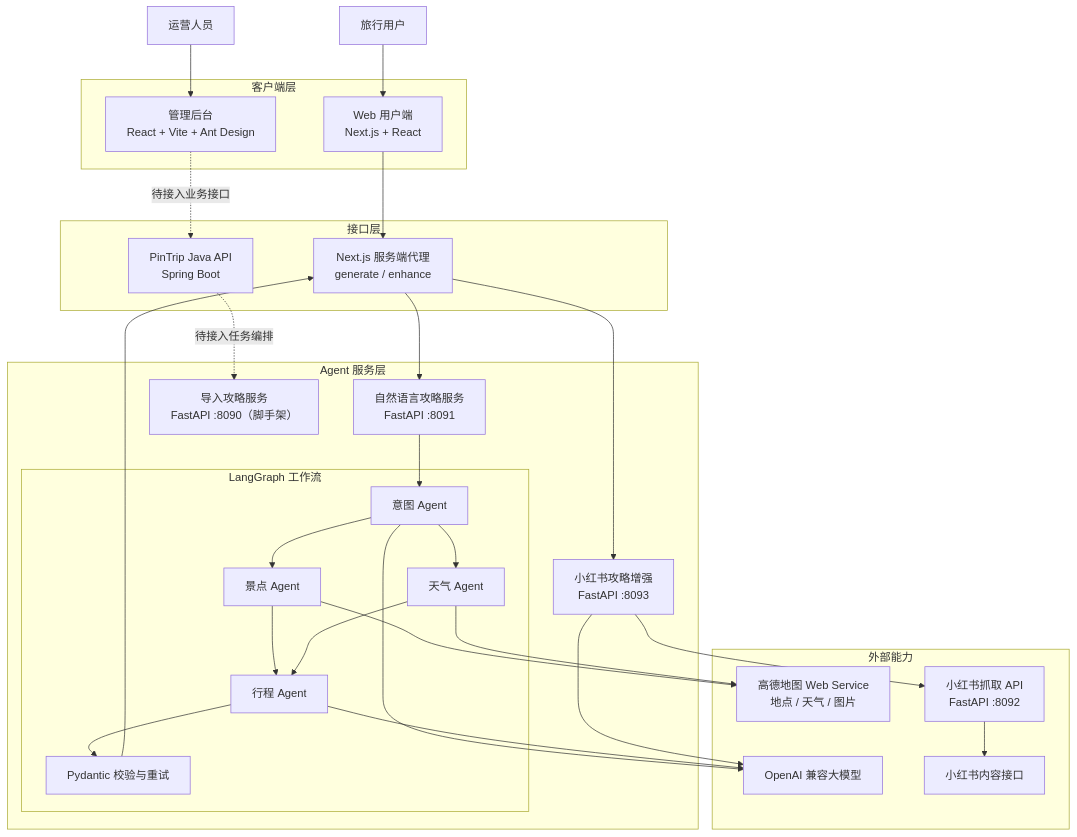
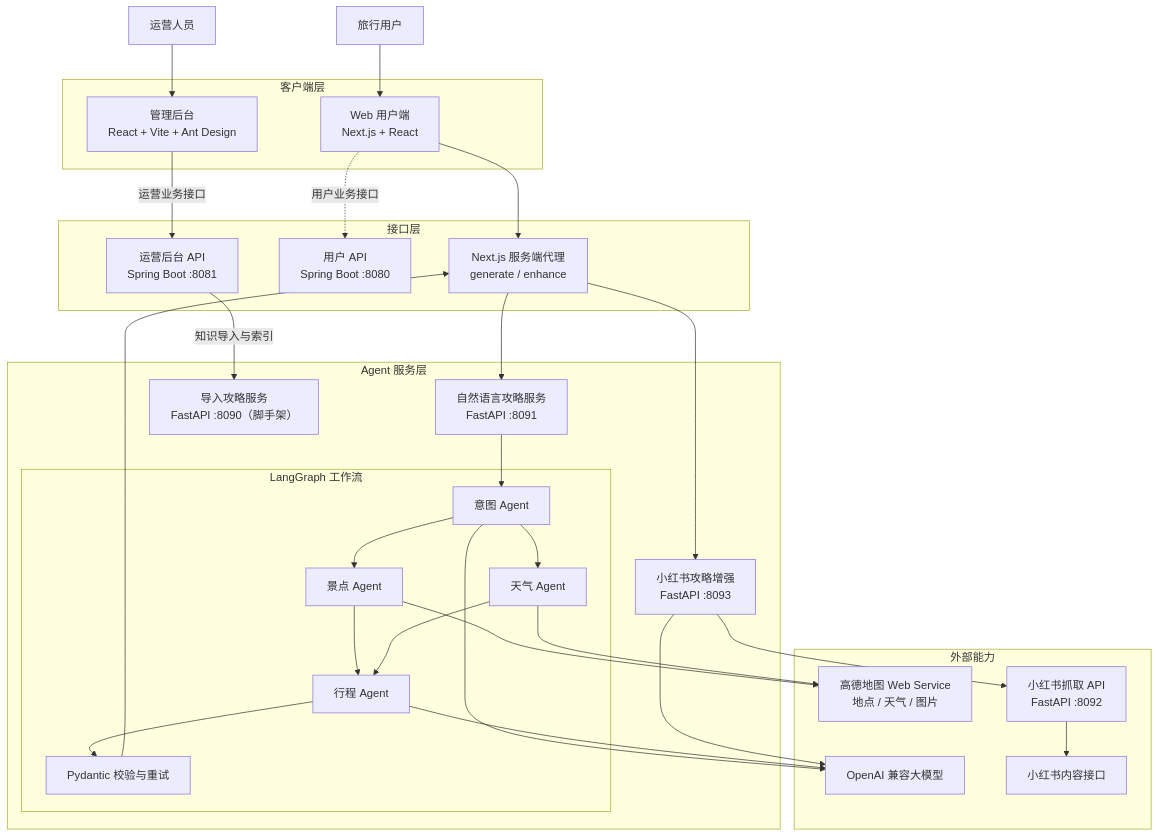
One commit to coderbruis/PinTrip changed the first of 3 diagrams in README.md. Above: the diagram before and after it, drawn with Mermaid. The commit also changed other lines of this file and 14 other files, not shown here.

````diff
--- a/README.md
+++ b/README.md
@@ -41,59 +41,61 @@
 ```mermaid
 flowchart TB
     USER["旅行用户"]
     OPERATOR["运营人员"]
     subgraph Client["客户端层"]
         WEB["Web 用户端<br/>Next.js + React"]
         ADMIN["管理后台<br/>React + Vite + Ant Design"]
     end
 
     subgraph Gateway["接口层"]
         WEB_API["Next.js 服务端代理<br/>generate / enhance"]
-        JAVA_API["PinTrip Java API<br/>Spring Boot"]
+        USER_API["用户 API<br/>Spring Boot :8080"]
+        ADMIN_API["运营后台 API<br/>Spring Boot :8081"]
     end
 
     subgraph AgentServices["Agent 服务层"]
         NATURAL["自然语言攻略服务<br/>FastAPI :8091"]
         XHS_AGENT["小红书攻略增强<br/>FastAPI :8093"]
         IMPORT["导入攻略服务<br/>FastAPI :8090（脚手架）"]
 
         subgraph Workflow["LangGraph 工作流"]
             INTENT["意图 Agent"]
             ATTRACTION["景点 Agent"]
             WEATHER["天气 Agent"]
             ITINERARY["行程 Agent"]
             VALIDATE["Pydantic 校验与重试"]
         end
     end
 
     subgraph External["外部能力"]
         LLM["OpenAI 兼容大模型"]
         AMAP["高德地图 Web Service<br/>地点 / 天气 / 图片"]
         CRAWLER["小红书抓取 API<br/>FastAPI :8092"]
         XHS["小红书内容接口"]
     end
 
     USER --> WEB
     WEB --> WEB_API
     WEB_API --> NATURAL
     WEB_API --> XHS_AGENT
     NATURAL --> INTENT
     INTENT --> ATTRACTION
     INTENT --> WEATHER
     ATTRACTION --> ITINERARY
     WEATHER --> ITINERARY
     ITINERARY --> VALIDATE
     VALIDATE --> WEB_API
 
     INTENT --> LLM
     ITINERARY --> LLM
     XHS_AGENT --> LLM
     XHS_AGENT --> CRAWLER
     CRAWLER --> XHS
     ATTRACTION --> AMAP
     WEATHER --> AMAP
 
     OPERATOR --> ADMIN
-    ADMIN -.->|待接入业务接口| JAVA_API
-    JAVA_API -.->|待接入任务编排| IMPORT
+    WEB -.->|用户业务接口| USER_API
+    ADMIN -->|运营业务接口| ADMIN_API
+    ADMIN_API -->|知识导入与索引| IMPORT
 ```
````
